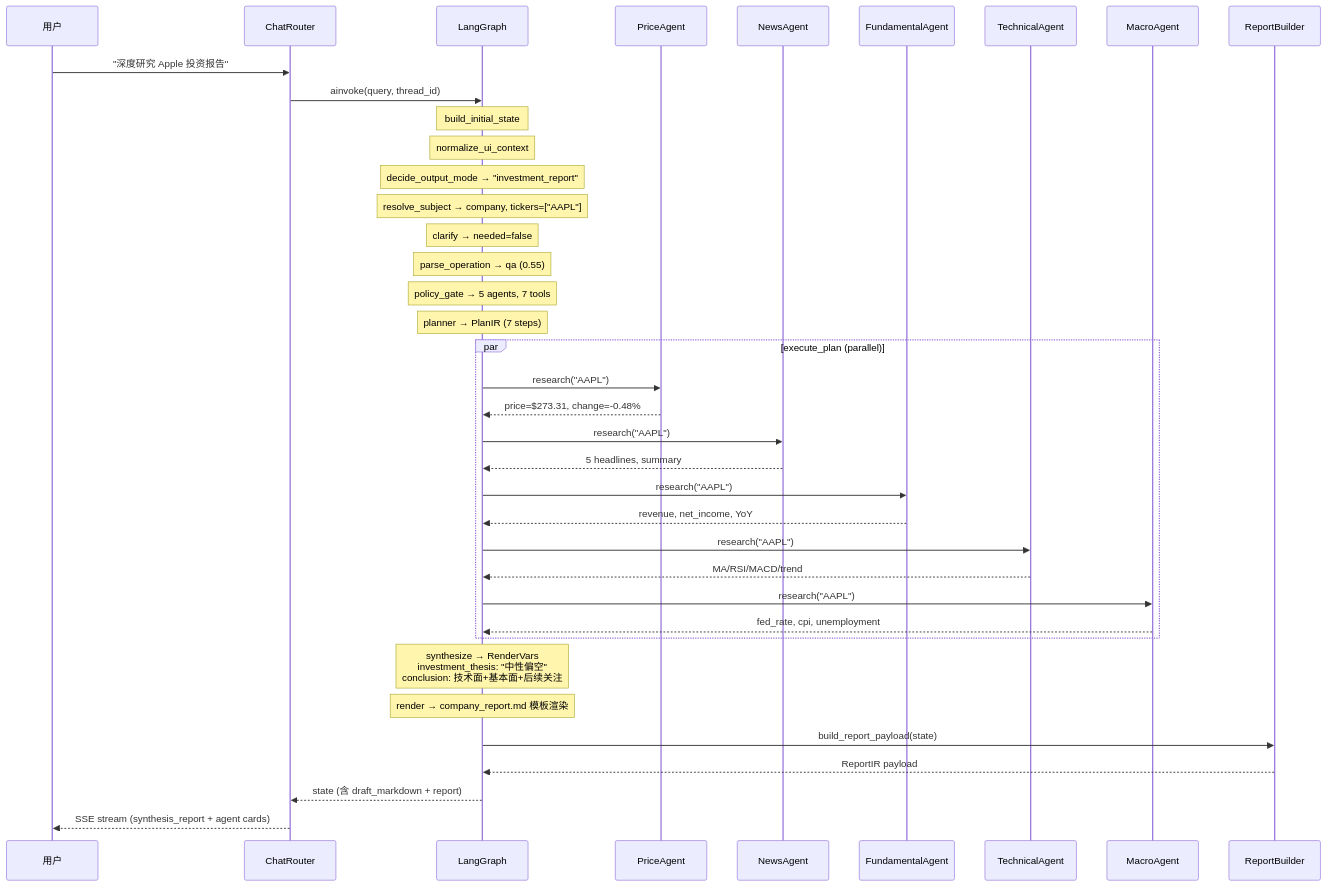
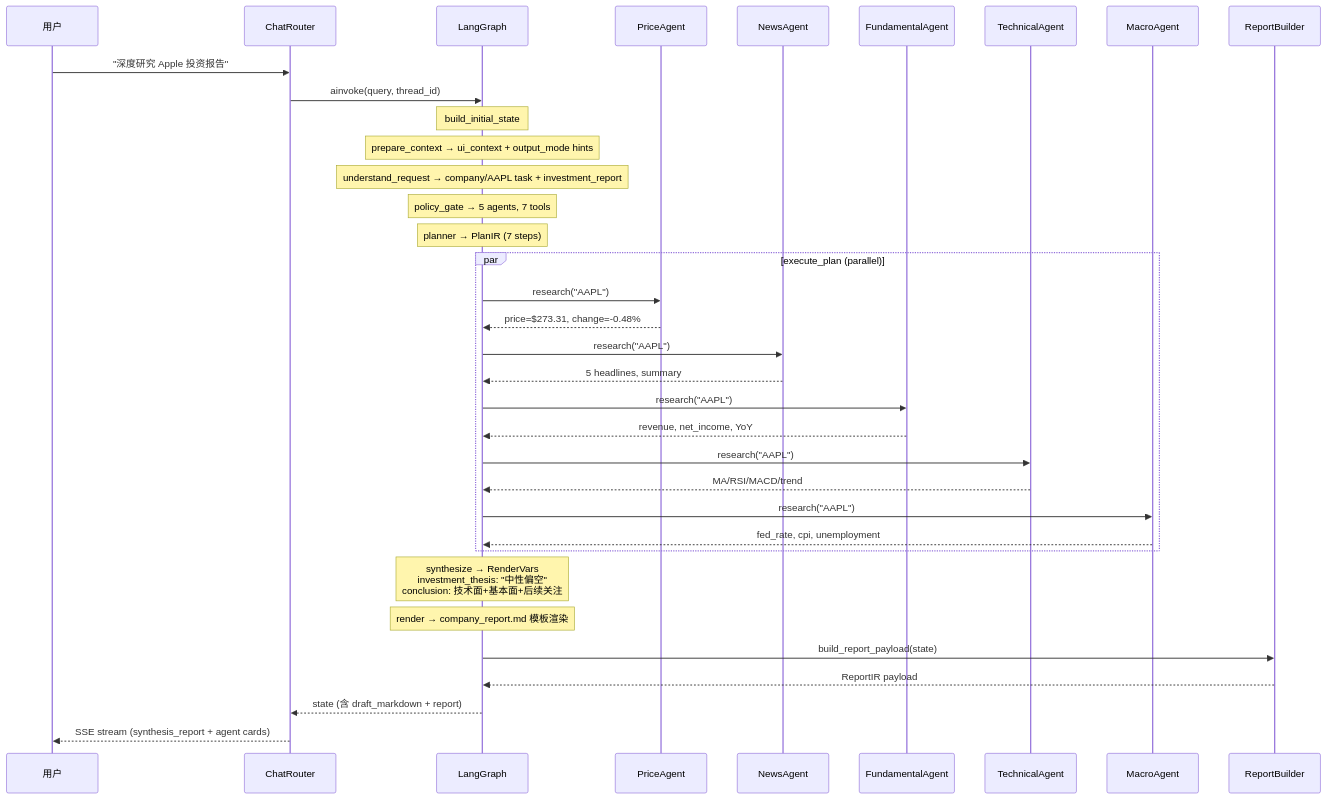
One commit to kkkano/FinSight changed diagram 22 of 24 in docs/LANGGRAPH_PIPELINE_DEEP_DIVE.md. Above: the diagram before and after it, drawn with Mermaid. The commit also changed other lines of this file and 13 other files, not shown here.

Commit message:
docs: finalize request understanding architecture

````diff
--- a/docs/LANGGRAPH_PIPELINE_DEEP_DIVE.md
+++ b/docs/LANGGRAPH_PIPELINE_DEEP_DIVE.md
@@ -1026,46 +1031,43 @@
 ```mermaid
 sequenceDiagram
     participant U as 用户
     participant API as ChatRouter
     participant G as LangGraph
     participant PA as PriceAgent
     participant NA as NewsAgent
     participant FA as FundamentalAgent
     participant TA as TechnicalAgent
     participant MA as MacroAgent
     participant RB as ReportBuilder
 
     U->>API: "深度研究 Apple 投资报告"
     API->>G: ainvoke(query, thread_id)
 
     Note over G: build_initial_state
-    Note over G: normalize_ui_context
-    Note over G: decide_output_mode → "investment_report"
-    Note over G: resolve_subject → company, tickers=["AAPL"]
-    Note over G: clarify → needed=false
-    Note over G: parse_operation → qa (0.55)
+    Note over G: prepare_context → ui_context + output_mode hints
+    Note over G: understand_request → company/AAPL task + investment_report
     Note over G: policy_gate → 5 agents, 7 tools
     Note over G: planner → PlanIR (7 steps)
 
     par execute_plan (parallel)
         G->>PA: research("AAPL")
         PA-->>G: price=$273.31, change=-0.48%
         G->>NA: research("AAPL")
         NA-->>G: 5 headlines, summary
         G->>FA: research("AAPL")
         FA-->>G: revenue, net_income, YoY
         G->>TA: research("AAPL")
         TA-->>G: MA/RSI/MACD/trend
         G->>MA: research("AAPL")
         MA-->>G: fed_rate, cpi, unemployment
     end
 
     Note over G: synthesize → RenderVars<br/>investment_thesis: "中性偏空"<br/>conclusion: 技术面+基本面+后续关注
     Note over G: render → company_report.md 模板渲染
 
     G->>RB: build_report_payload(state)
     RB-->>G: ReportIR payload
 
     G-->>API: state (含 draft_markdown + report)
     API-->>U: SSE stream (synthesis_report + agent cards)
 ```
````
